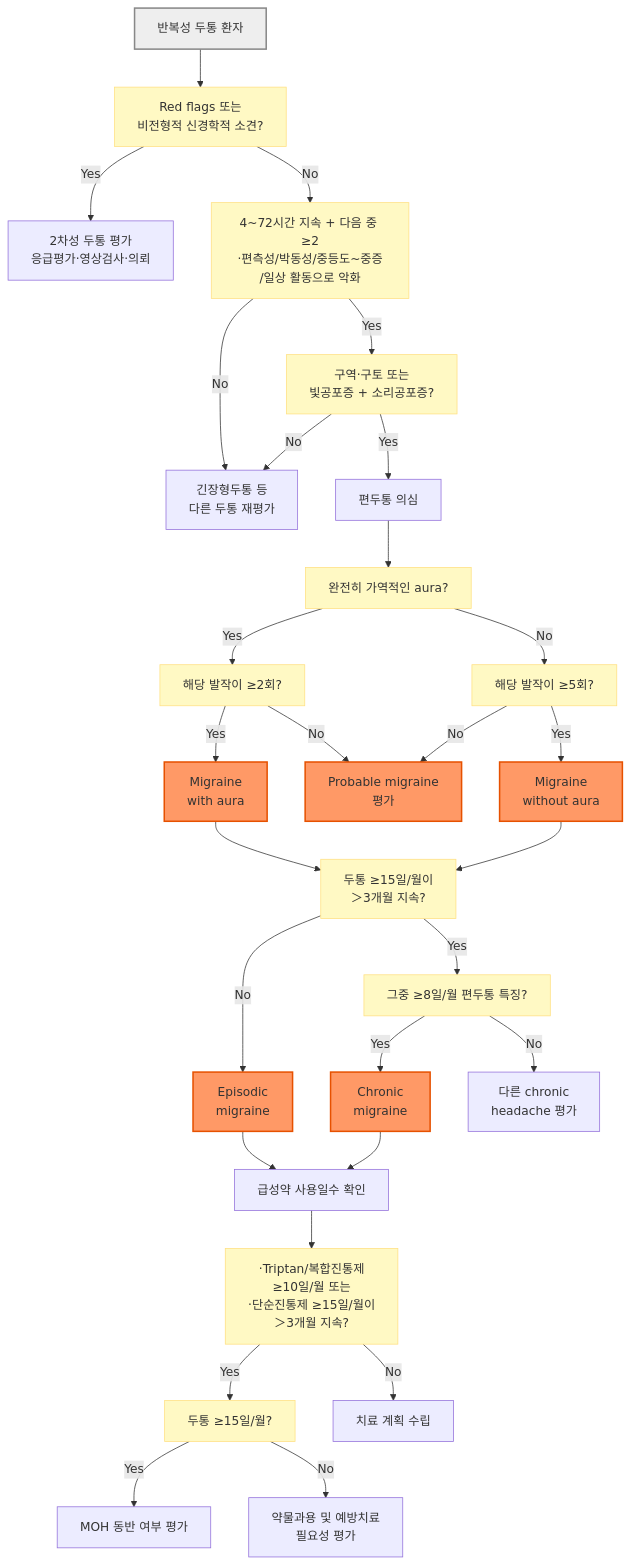
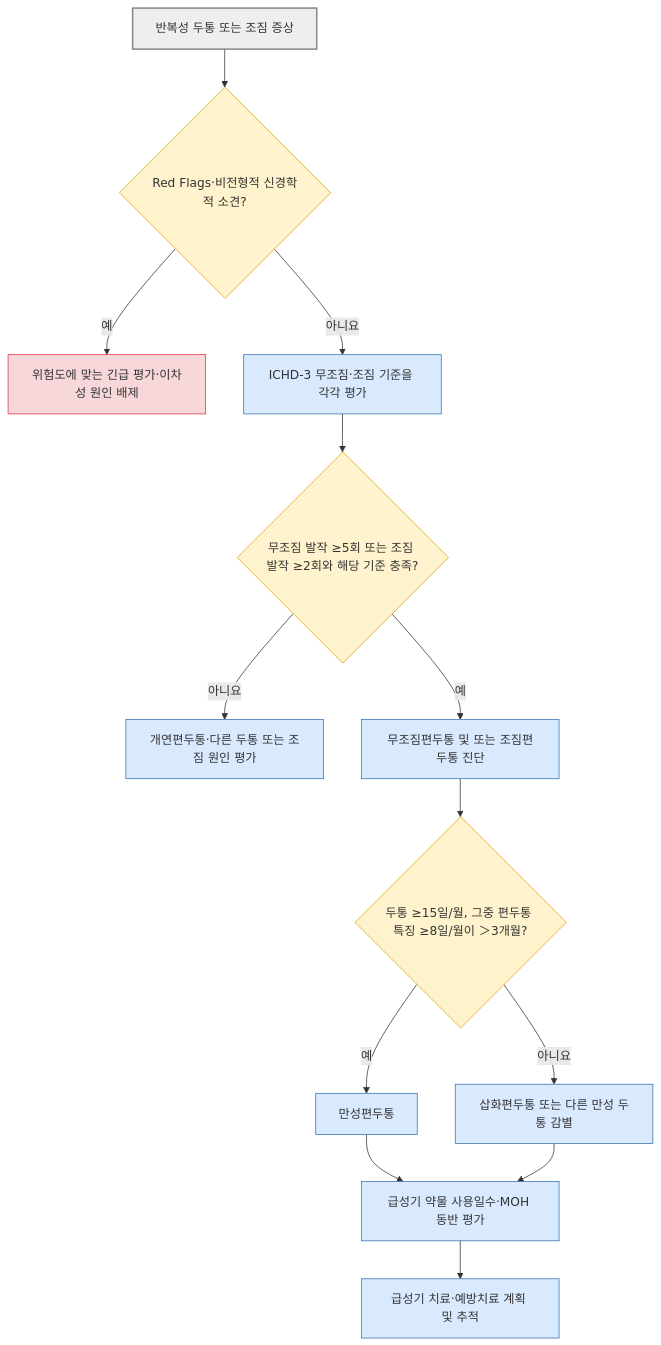
The first of 2 diagrams in 221_/016_-migraine.md (familyoh77/familyoh77), drawn with Mermaid before and after one commit. The commit also changed other lines of this file and 4 other files, not shown here.

````diff
--- a/221_/016_-migraine.md
+++ b/221_/016_-migraine.md
@@ -186,36 +186,23 @@
 ```mermaid
 flowchart TD
-    A["반복성 두통 환자"] --> B["Red flags 또는 <br/>비전형적 신경학적 소견?"]
-    B -- "Yes" --> C["2차성 두통 평가<br/>응급평가·영상검사·의뢰"]
-    B -- "No" --> D["4~72시간 지속 + 다음 중 ≥2<br/>·편측성/박동성/중등도~중증<br/>/일상 활동으로 악화"]
-    D -- "No" --> E["긴장형두통 등 <br/>다른 두통 재평가"]
-    D -- "Yes" --> F["구역·구토 또는<br/>빛공포증 + 소리공포증?"]
-    F -- "No" --> E
-    F -- "Yes" --> G["편두통 의심"]
-    G --> H["완전히 가역적인 aura?"]
-    H -- "Yes" --> I0["해당 발작이 ≥2회?"]
-    I0 -- "Yes" --> I["Migraine <br/>with aura"]
-    I0 -- "No" --> T["Probable migraine<br/>평가"]
-    H -- "No" --> J0["해당 발작이 ≥5회?"]
-    J0 -- "Yes" --> J["Migraine <br/>without aura"]
-    J0 -- "No" --> T
-    I --> K["두통 ≥15일/월이 <br/>＞3개월 지속?"]
+    A["반복성 두통 또는 조짐 증상"] --> B{"Red Flags·비전형적 신경학적 소견?"}
+    B -- "예" --> C["위험도에 맞는 긴급 평가·이차성 원인 배제"]
+    B -- "아니요" --> D["ICHD-3 무조짐·조짐 기준을 각각 평가"]
+    D --> E{"무조짐 발작 ≥5회 또는 조짐 발작 ≥2회와 해당 기준 충족?"}
+    E -- "아니요" --> F["개연편두통·다른 두통 또는 조짐 원인 평가"]
+    E -- "예" --> G["무조짐편두통 및 또는 조짐편두통 진단"]
+    G --> H{"두통 ≥15일/월, 그중 편두통 특징 ≥8일/월이 ＞3개월?"}
+    H -- "예" --> I["만성편두통"]
+    H -- "아니요" --> J["삽화편두통 또는 다른 만성 두통 감별"]
+    I --> K["급성기 약물 사용일수·MOH 동반 평가"]
     J --> K
-    K -- "No" --> L["Episodic <br/>migraine"]
-    K -- "Yes" --> M["그중 ≥8일/월 편두통 특징?"]
-    M -- "Yes" --> N["Chronic <br/>migraine"]
-    M -- "No" --> O["다른 chronic <br/>headache 평가"]
-    L --> P["급성약 사용일수 확인"]
-    N --> P
-    P --> Q["·Triptan/복합진통제 <br/>≥10일/월 또는 <br/>·단순진통제 ≥15일/월이<br/>＞3개월 지속?"]
-    Q -- "Yes" --> R0["두통 ≥15일/월?"]
-    R0 -- "Yes" --> R["MOH 동반 여부 평가"]
-    R0 -- "No" --> U["약물과용 및 예방치료 <br/>필요성 평가"]
-    Q -- "No" --> S["치료 계획 수립"]
-    classDef question fill:#fff9c4,stroke:#ffe082
-    classDef diagnosis fill:#f96,stroke:#e65100,stroke-width:2px
-    classDef startNode fill:#eeeeee,stroke:#888888,stroke-width:2px
-    class A startNode
-    class B,D,F,H,I0,J0,K,M,Q,R0 question
-    class I,J,L,N,T diagnosis
+    K --> L["급성기 치료·예방치료 계획 및 추적"]
+    classDef start fill:#eee,stroke:#888,stroke-width:2px;
+    classDef decision fill:#fff3cd,stroke:#d6a400;
+    classDef emergency fill:#f8d7da,stroke:#dc3545;
+    classDef care fill:#d9eaff,stroke:#3973ac;
+    class A start;
+    class B,E,H decision;
+    class C emergency;
+    class D,F,G,I,J,K,L care;
 ```
````
